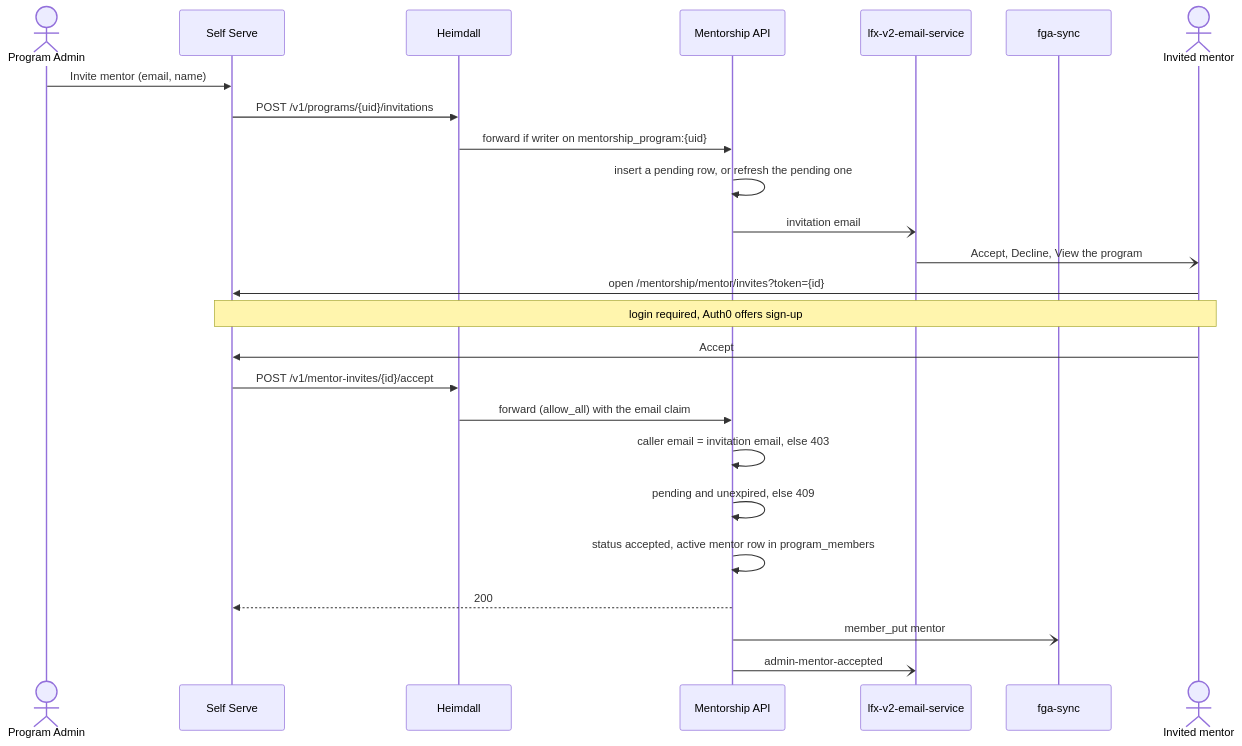
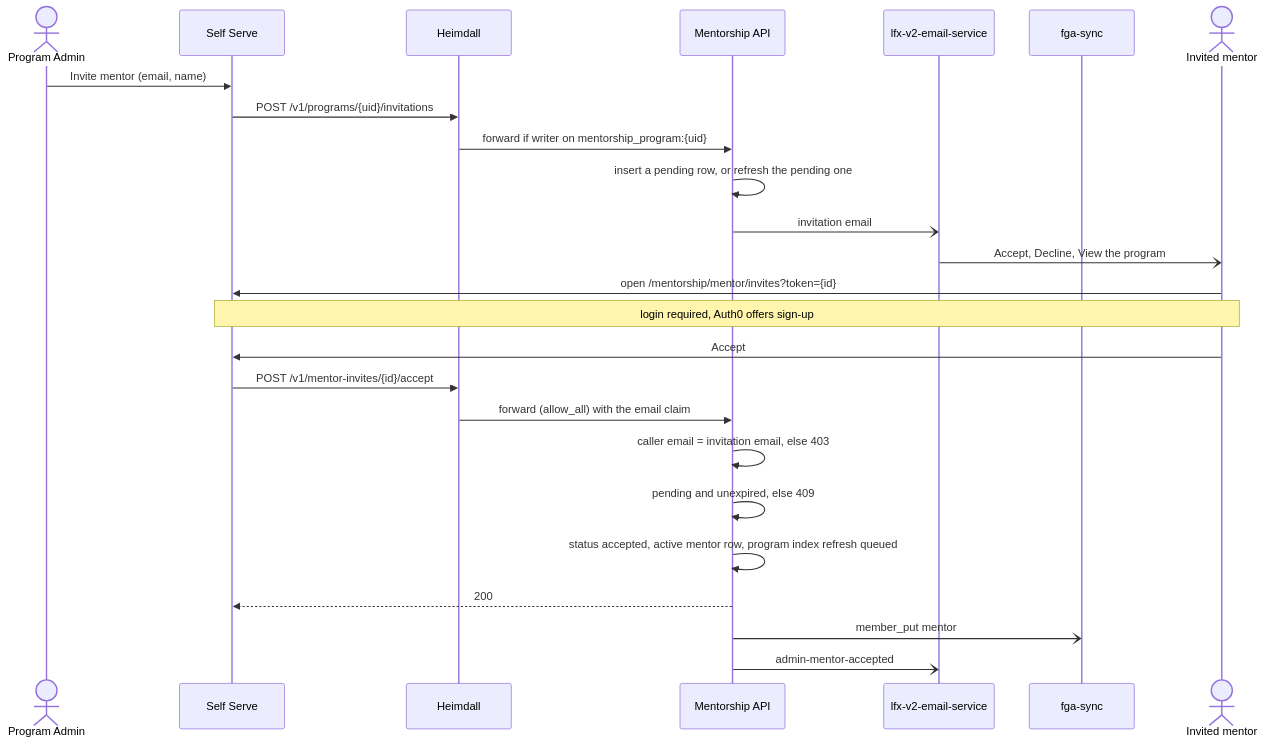
Before and after one commit to linuxfoundation/lfx-mentorship: the first of 2 diagrams in docs/rewrite/08-mentor-invitations.md, drawn with Mermaid. The commit also changed other lines of this file, not shown here.

First line of the commit message:
docs(rewrite): 08 — queue the program index refresh on accept

````diff
--- a/docs/rewrite/08-mentor-invitations.md
+++ b/docs/rewrite/08-mentor-invitations.md
@@ -77,28 +77,28 @@
 ```mermaid
 sequenceDiagram
     actor PA as Program Admin
     participant SS as Self Serve
     participant H as Heimdall
     participant API as Mentorship API
     participant E as lfx-v2-email-service
     participant S as fga-sync
     actor M as Invited mentor
 
     PA->>SS: Invite mentor (email, name)
     SS->>H: POST /v1/programs/{uid}/invitations
     H->>API: forward if writer on mentorship_program:{uid}
     API->>API: insert a pending row, or refresh the pending one
     API-)E: invitation email
     E-)M: Accept, Decline, View the program
     M->>SS: open /mentorship/mentor/invites?token={id}
     Note over M,SS: login required, Auth0 offers sign-up
     M->>SS: Accept
     SS->>H: POST /v1/mentor-invites/{id}/accept
     H->>API: forward (allow_all) with the email claim
     API->>API: caller email = invitation email, else 403
     API->>API: pending and unexpired, else 409
-    API->>API: status accepted, active mentor row in program_members
+    API->>API: status accepted, active mentor row, program index refresh queued
     API-->>SS: 200
     API-)S: member_put mentor
     API-)E: admin-mentor-accepted
 ```
````
